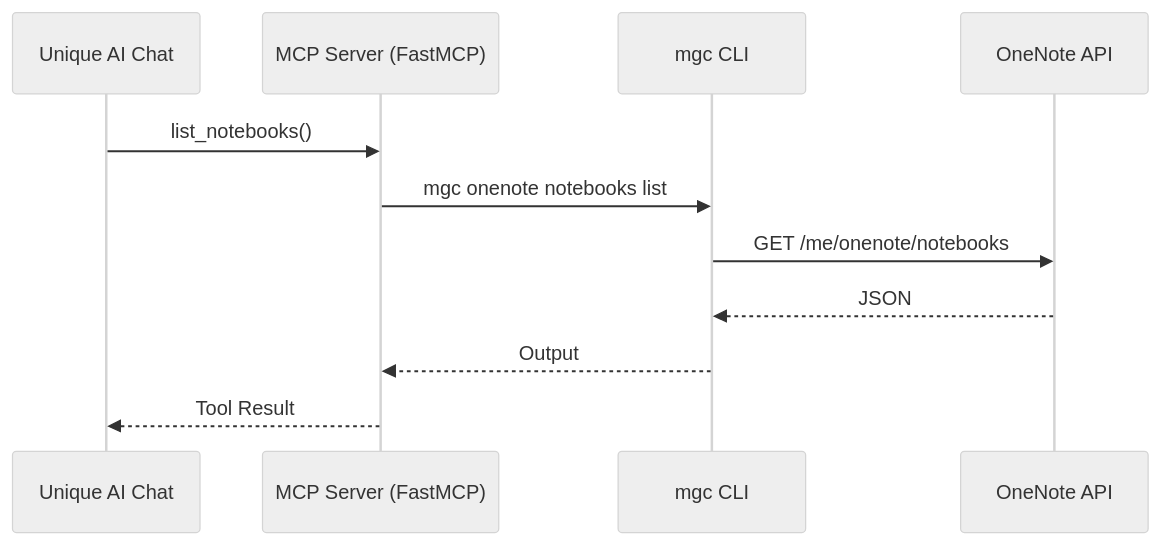
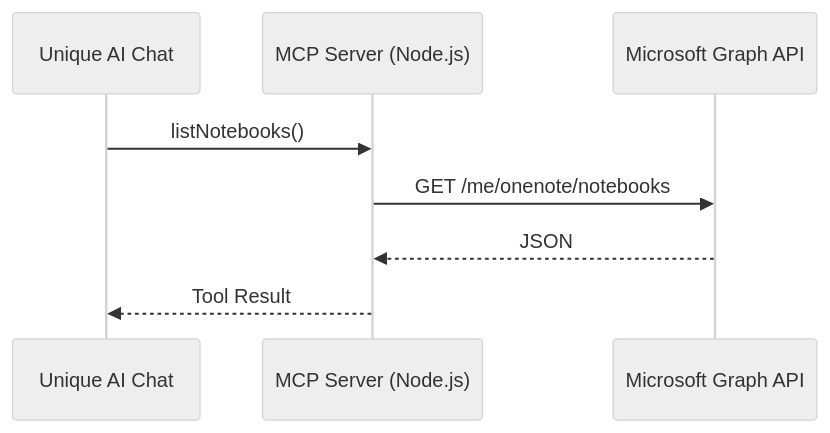
One commit to Unique-AG/ai changed the diagram in tutorials/mcp/mcp_onenote/docs/index.md. Above: the diagram before and after it, drawn with Mermaid. The commit also changed other lines of this file and 23 other files, not shown here.

Commit message:
Initial commit of the onenote mcp server implementation + deployment to Azure

````diff
--- a/tutorials/mcp/mcp_onenote/docs/index.md
+++ b/tutorials/mcp/mcp_onenote/docs/index.md
@@ -13,15 +17,12 @@
 ```mermaid
 %%{init: {'theme': 'neutral', 'themeVariables': { 'fontSize': '14px' }}}%%
 sequenceDiagram
     participant Chat as Unique AI Chat
-    participant MCP as MCP Server (FastMCP)
-    participant Graph as mgc CLI
-    participant OneNote as OneNote API
+    participant MCP as MCP Server (Node.js)
+    participant Graph as Microsoft Graph API
 
-    Chat->>MCP: list_notebooks()
-    MCP->>Graph: mgc onenote notebooks list
-    Graph->>OneNote: GET /me/onenote/notebooks
-    OneNote-->>Graph: JSON
-    Graph-->>MCP: Output
+    Chat->>MCP: listNotebooks()
+    MCP->>Graph: GET /me/onenote/notebooks
+    Graph-->>MCP: JSON
     MCP-->>Chat: Tool Result
 ```
````
